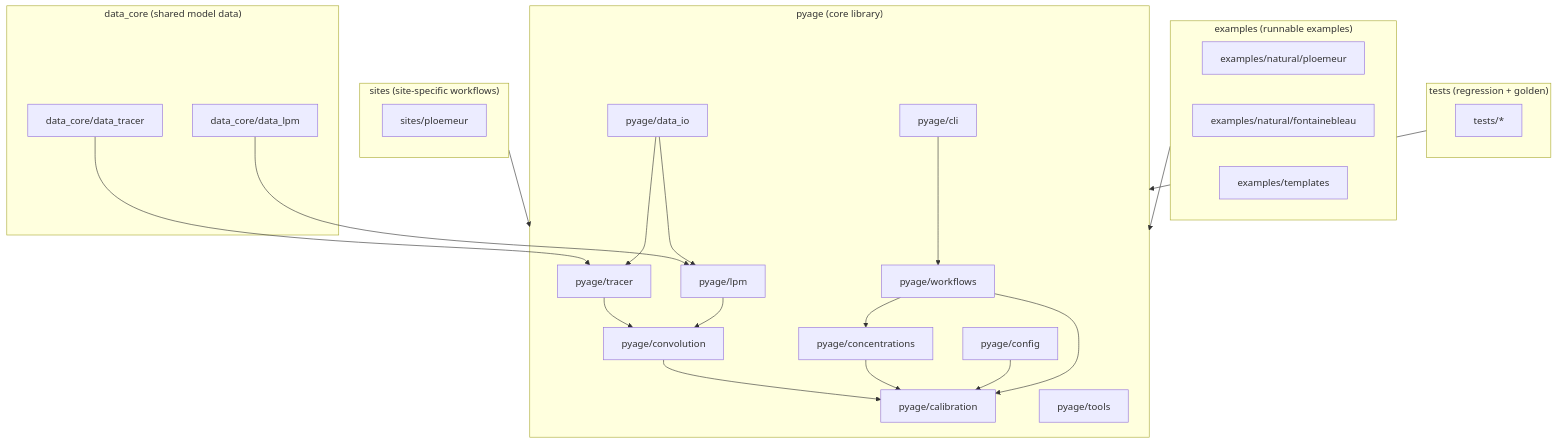
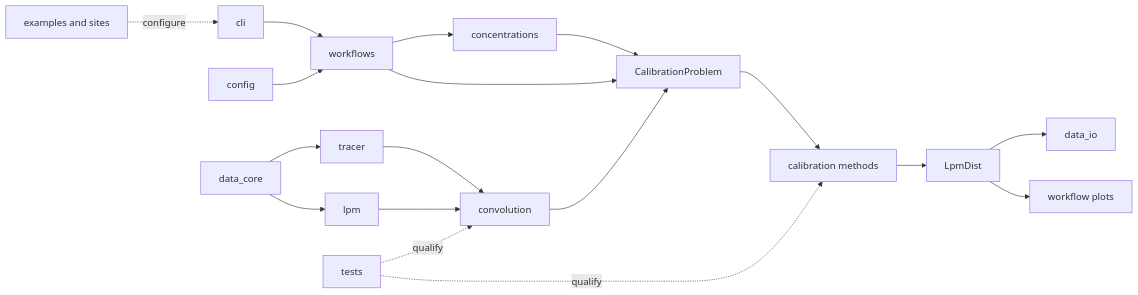
The diagram in docs/uml/architecture_overview.md (dreuzy/PyAges), drawn with Mermaid before and after one commit. The commit also changed other lines of this file and 17 other files, not shown here.

Commit message:
docs: consolidate architecture and contributor guidance

````diff
--- a/docs/uml/architecture_overview.md
+++ b/docs/uml/architecture_overview.md
@@ -3,51 +3,23 @@
 ```{mermaid}
-flowchart TB
-  subgraph Core["pyage (core library)"]
-    LPM[pyage/lpm]
-    TRACER[pyage/tracer]
-    CONV[pyage/convolution]
-    CAL[pyage/calibration]
-    CONC[pyage/concentrations]
-    CFG[pyage/config]
-    IO[pyage/data_io]
-    TOOLS[pyage/tools]
-    WORKFLOWS[pyage/workflows]
-    CLI[pyage/cli]
-  end
+flowchart LR
+  DATA[data_core] --> TRACER[tracer]
+  DATA --> LPM[lpm]
 
-  subgraph Data["data_core (shared model data)"]
-    LPMDATA[data_core/data_lpm]
-    TRDATA[data_core/data_tracer]
-  end
+  CLI[cli] --> WF[workflows]
+  CONFIG[config] --> WF
+  CONC[concentrations] --> PROBLEM[CalibrationProblem]
+  WF --> CONC
+  WF --> PROBLEM
 
-  subgraph Sites["sites (site-specific workflows)"]
-    PLOEMEUR[sites/ploemeur]
-  end
+  TRACER --> CONV[convolution]
+  LPM --> CONV
+  CONV --> PROBLEM
+  PROBLEM --> METHODS[calibration methods]
+  METHODS --> RESULT[LpmDist]
+  RESULT --> IO[data_io]
+  RESULT --> PLOTS[workflow plots]
 
-  subgraph Examples["examples (runnable examples)"]
-    EXPL[examples/natural/ploemeur]
-    EXFT[examples/natural/fontainebleau]
-    EXTMP[examples/templates]
-  end
-
-  subgraph Tests["tests (regression + golden)"]
-    TESTS[tests/*]
-  end
-
-  LPMDATA --> LPM
-  TRDATA --> TRACER
-  TRACER --> CONV
-  LPM --> CONV
-  CONV --> CAL
-  CONC --> CAL
-  CFG --> CAL
-  IO --> LPM
-  IO --> TRACER
-
-  Sites --> Core
-  Examples --> Core
-  CLI --> WORKFLOWS
-  WORKFLOWS --> CAL
-  WORKFLOWS --> CONC
-  Tests --> Core
+  EXAMPLES[examples and sites] -. configure .-> CLI
+  TESTS[tests] -. qualify .-> CONV
+  TESTS -. qualify .-> METHODS
 ```
````
